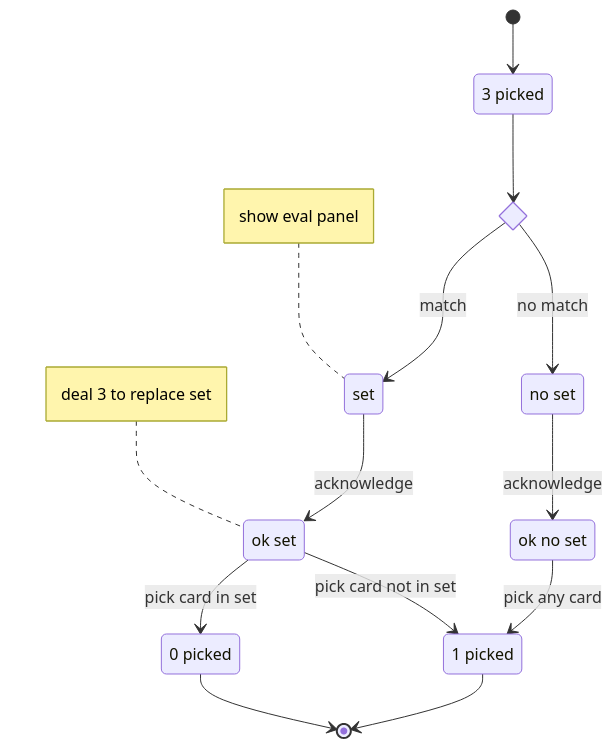
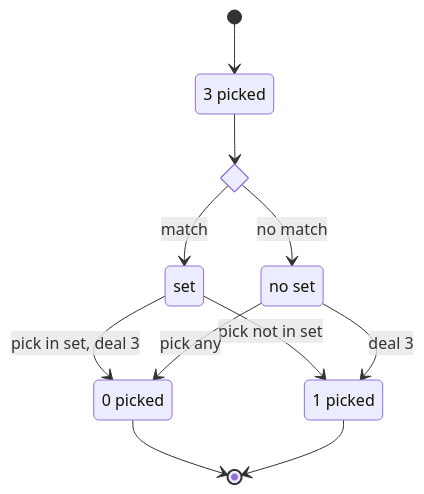
One commit to sarah-j-smith/cs193p-tuto changed the third of 4 diagrams in assign3-xtra/README.md. Above: the diagram before and after it, drawn with Mermaid. The commit also changed other lines of this file and 1 other file, not shown here.

````diff
--- a/assign3-xtra/README.md
+++ b/assign3-xtra/README.md
@@ -158,28 +158,19 @@
 ```mermaid
 stateDiagram-v2
     state "3 picked" as a
     state "set" as m
     state "no set" as n
-    note left of m
-       show eval panel
-    end note
     state "0 picked" as p
     state "1 picked" as q
     state b <<choice>>
-    state "ok set" as c
-    state "ok no set" as d
-    note left of c
-       deal 3 to replace set
-    end note
     [*] --> a
     a --> b
     b --> m: match
     b --> n: no match
-    m --> c: acknowledge
-    n --> d: acknowledge
-    c --> p: pick card in set
-    c --> q: pick card not in set
-    d --> q: pick any card
+    m --> p: pick in set, deal 3
+    m --> q: pick not in set
+    n --> p: pick any
+    n --> q: deal 3
     p --> [*]
     q --> [*]
 ```
````
